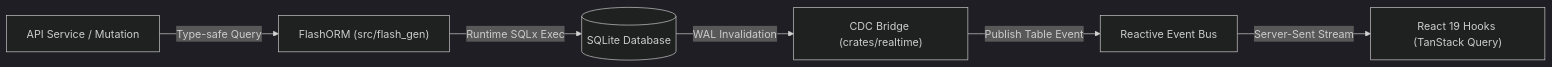
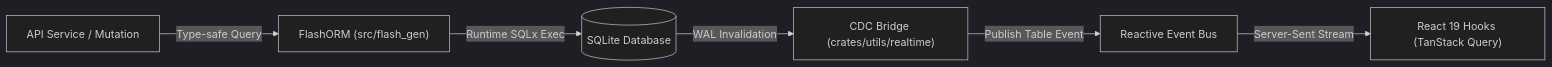
One commit to ananddub/openoxide changed the fourth of 4 diagrams in README.md. Above: the diagram before and after it, drawn with Mermaid (dark theme). The commit also changed other lines of this file and 1035 other files, not shown here.

````diff
--- a/README.md
+++ b/README.md
@@ -202,8 +202,8 @@
 ```mermaid
 flowchart LR
     A["API Service / Mutation"] -->|Type-safe Query| B["FlashORM (src/flash_gen)"]
     B -->|Runtime SQLx Exec| C[("SQLite Database")]
-    C -->|WAL Invalidation| D["CDC Bridge (crates/realtime)"]
+    C -->|WAL Invalidation| D["CDC Bridge (crates/utils/realtime)"]
     D -->|Publish Table Event| E["Reactive Event Bus"]
     E -->|Server-Sent Stream| F["React 19 Hooks (TanStack Query)"]
 ```
````
